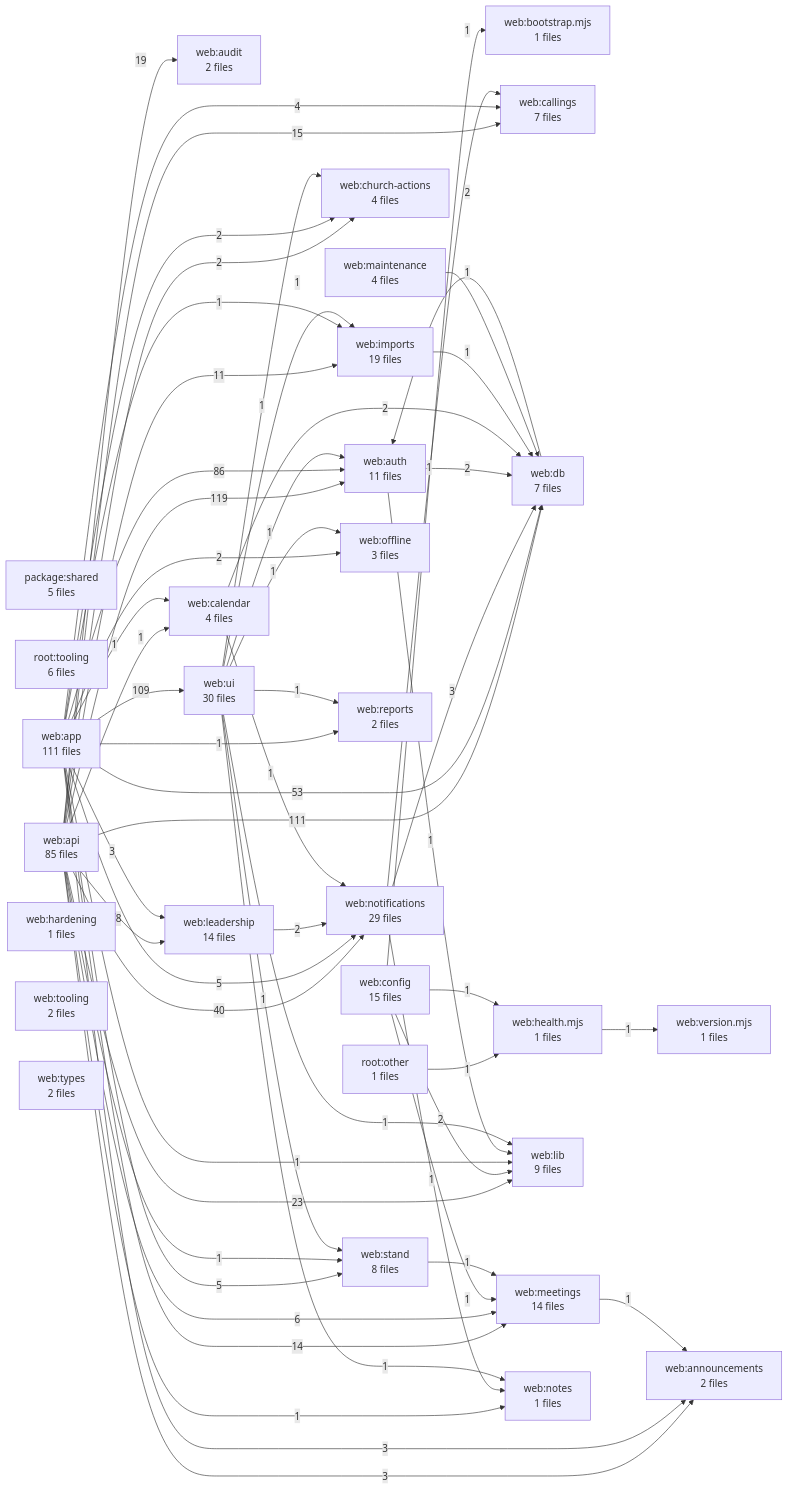
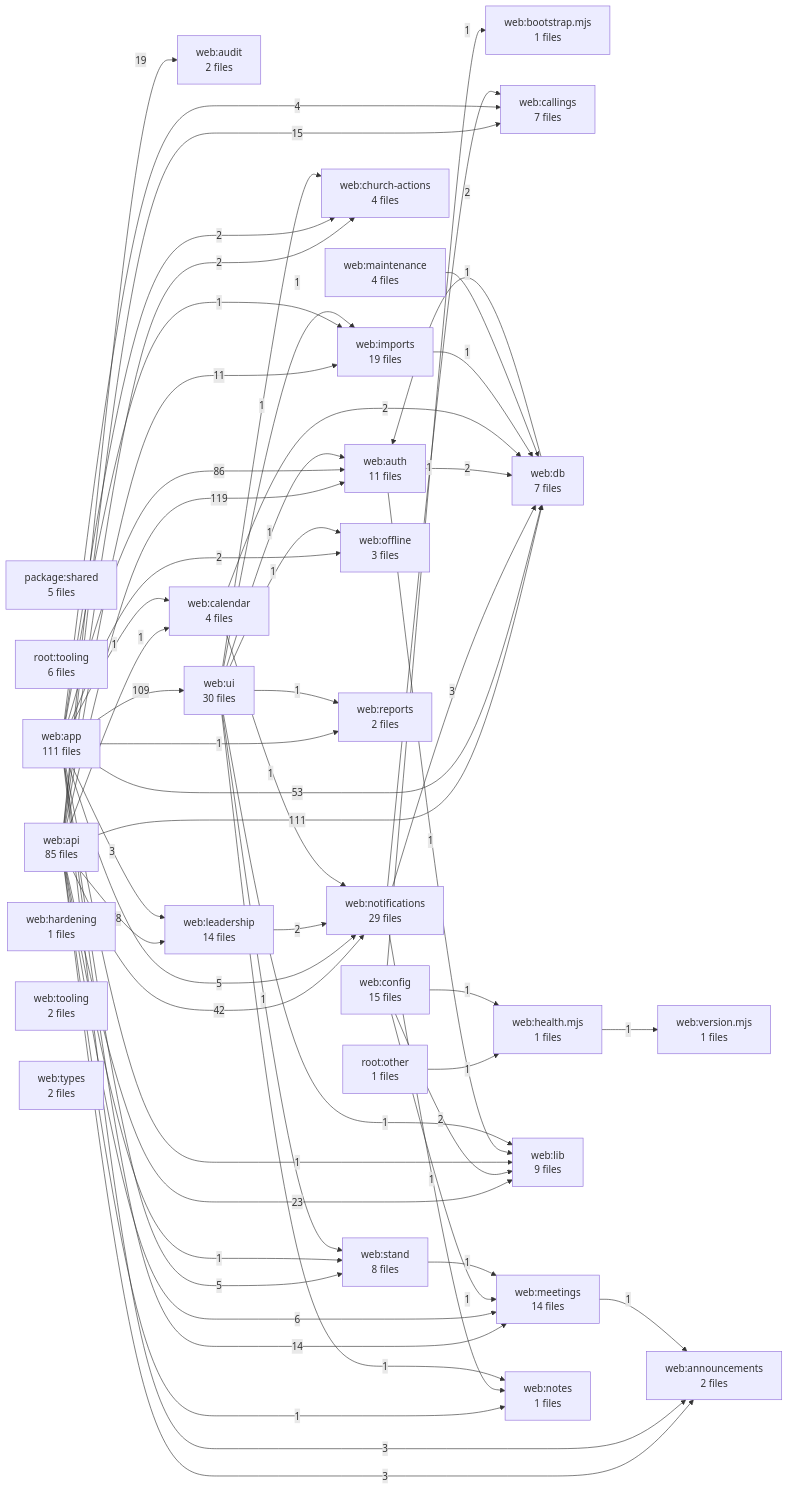
Before and after one commit to kalebhall/the-stand: the diagram in docs/DEPENDENCY_GRAPH.md, drawn with Mermaid. The commit also changed other lines of this file, not shown here.

Commit message:
fix: refresh dependency graph (#289)

```diff
--- a/docs/DEPENDENCY_GRAPH.md
+++ b/docs/DEPENDENCY_GRAPH.md
@@ -45,7 +45,7 @@
   A6 -->|109| A29
   A6 -->|86| A8
   A6 -->|53| A14
-  A5 -->|40| A23
+  A5 -->|42| A23
   A5 -->|23| A19
   A5 -->|19| A7
   A5 -->|15| A11
```
